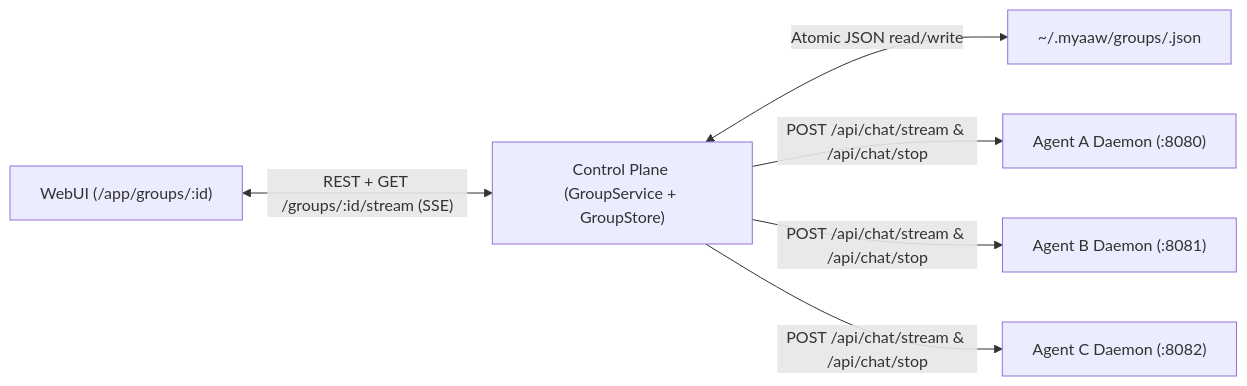
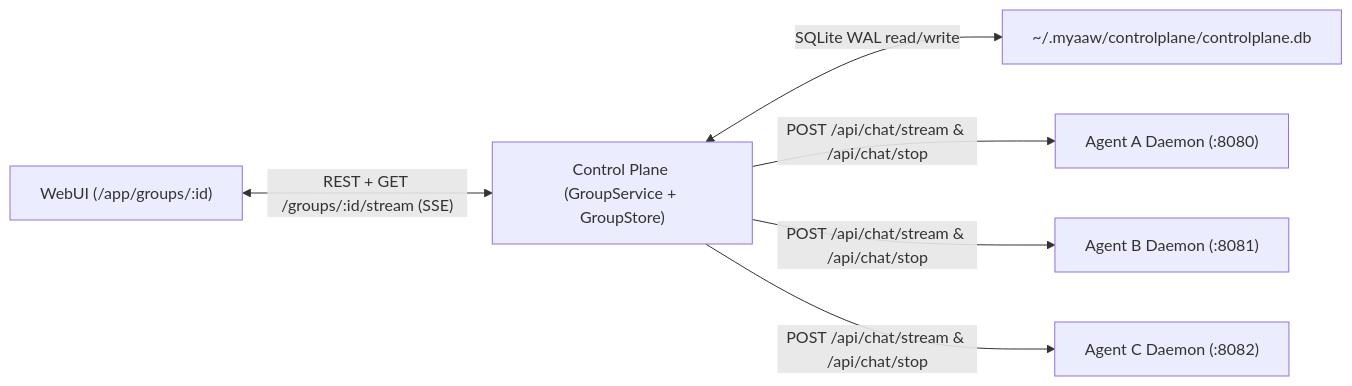
Before and after one commit to Shiyinq/myaaw: the first of 2 diagrams in docs/agents/groups.md, drawn with Mermaid. The commit also changed other lines of this file and 13 other files, not shown here.

Commit message:
docs: update docs and control plane Swagger for controlplane.db, admin role, and groups

````diff
--- a/docs/agents/groups.md
+++ b/docs/agents/groups.md
@@ -23,15 +23,15 @@
 ```mermaid
 flowchart LR
     UI["WebUI (/app/groups/:id)"]
     CP["Control Plane (GroupService + GroupStore)"]
-    Disk["~/.myaaw/groups/<id>.json"]
+    Disk["~/.myaaw/controlplane/controlplane.db"]
     A["Agent A Daemon (:8080)"]
     B["Agent B Daemon (:8081)"]
     C["Agent C Daemon (:8082)"]
 
     UI <-->|"REST + GET /groups/:id/stream (SSE)"| CP
-    CP <-->|"Atomic JSON read/write"| Disk
+    CP <-->|"SQLite WAL read/write"| Disk
     CP -->|"POST /api/chat/stream & /api/chat/stop"| A
     CP -->|"POST /api/chat/stream & /api/chat/stop"| B
     CP -->|"POST /api/chat/stream & /api/chat/stop"| C
 ```
````
